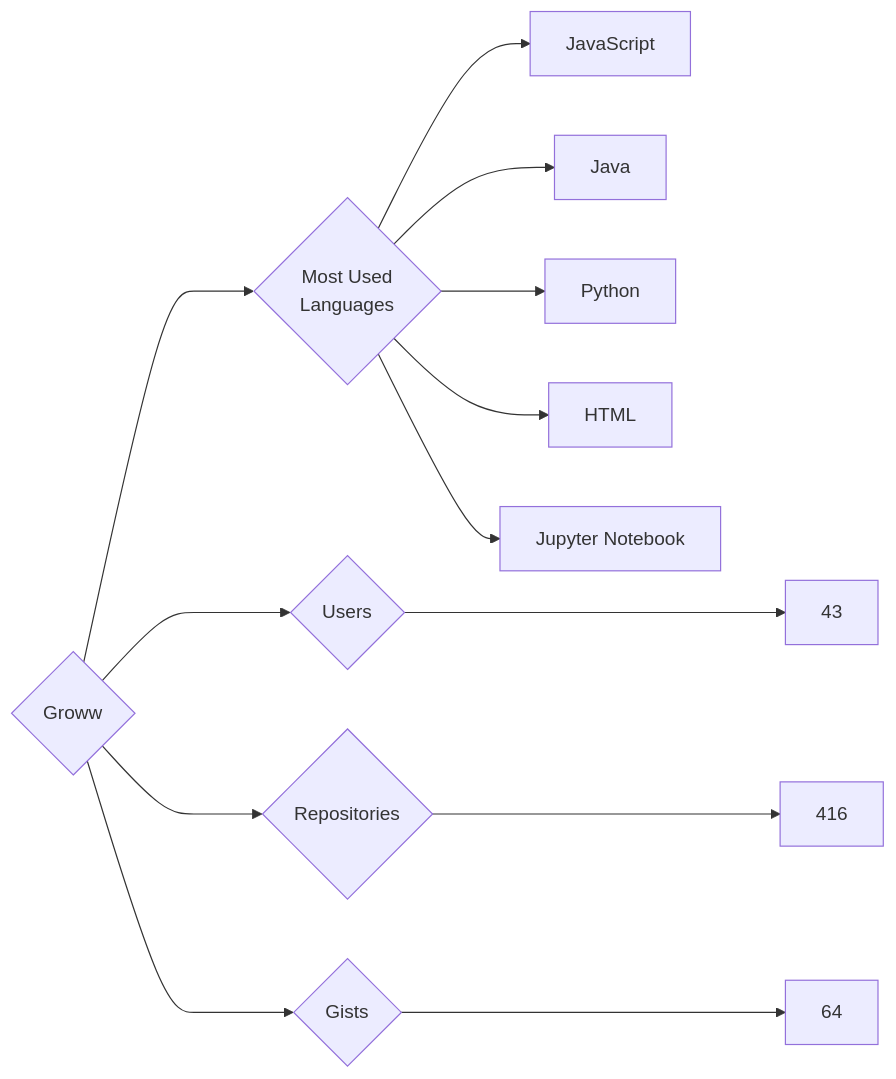
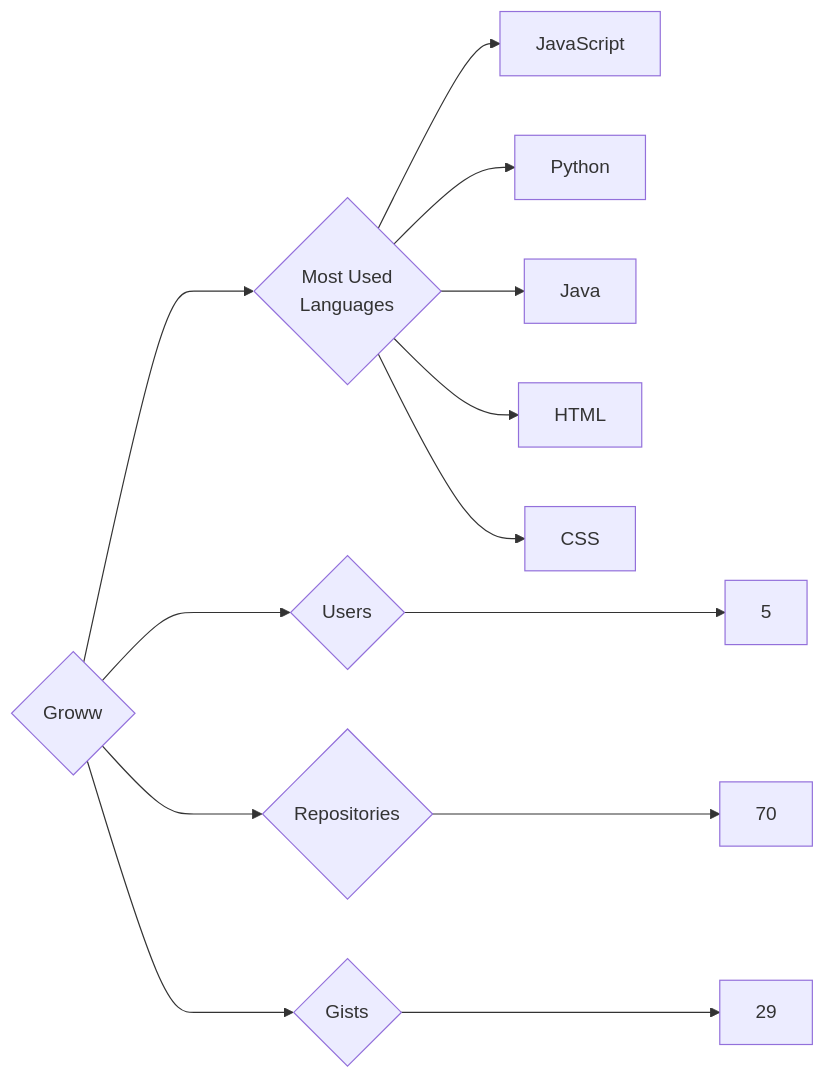
One commit to trickest/insiders changed the diagram in targets/Groww/README.md. Above: the diagram before and after it, drawn with Mermaid. The commit also changed 777 other files, not shown here.

````diff
--- a/targets/Groww/README.md
+++ b/targets/Groww/README.md
@@ -3,13 +3,13 @@
 ```mermaid
 graph LR
 COMPANY_NAME{Groww}
-COMPANY_NAME ---> U{Users} ---> UN[43]
-COMPANY_NAME ---> R{Repositories} ---> RN[416]
-COMPANY_NAME ---> G{Gists} ---> GN[64]
+COMPANY_NAME ---> U{Users} ---> UN[5]
+COMPANY_NAME ---> R{Repositories} ---> RN[70]
+COMPANY_NAME ---> G{Gists} ---> GN[29]
 COMPANY_NAME ---> ML{Most Used<br>Languages}
 ML --> JavaScript[JavaScript]
+ML --> Python[Python]
 ML --> Java[Java]
-ML --> Python[Python]
 ML --> HTML[HTML]
-ML --> Jupyter_Notebook[Jupyter Notebook]
+ML --> CSS[CSS]
 ```
````
